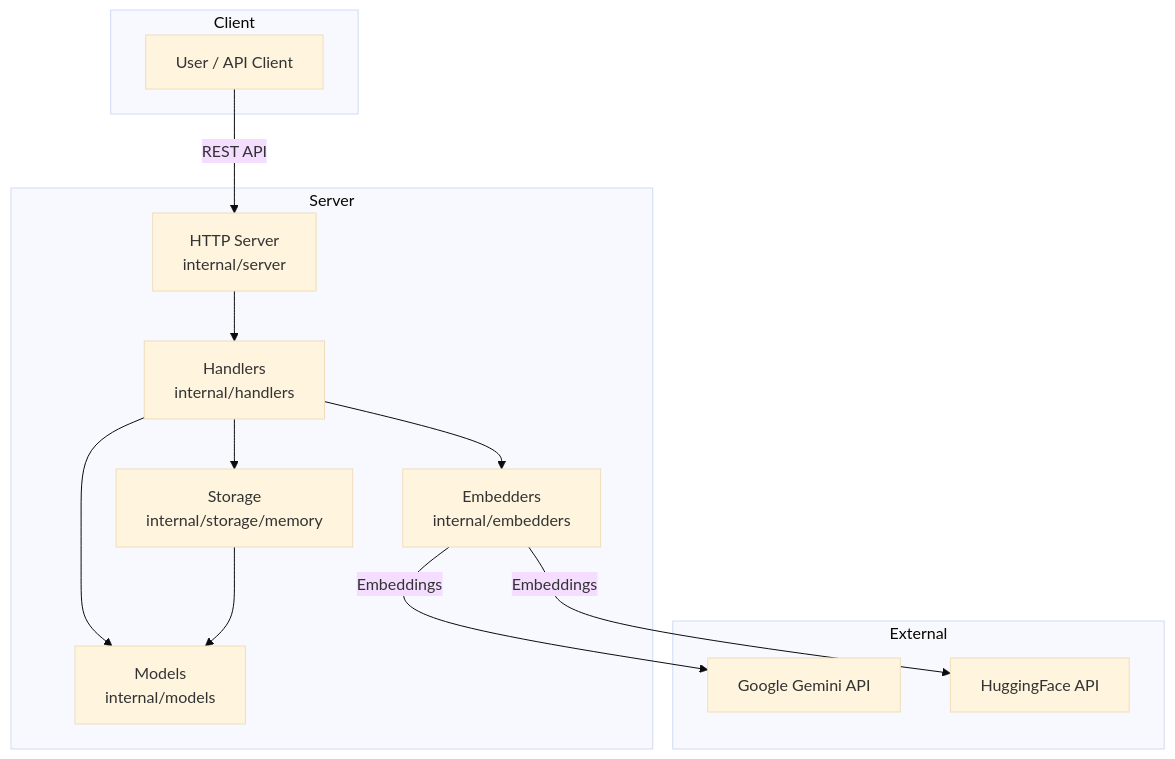
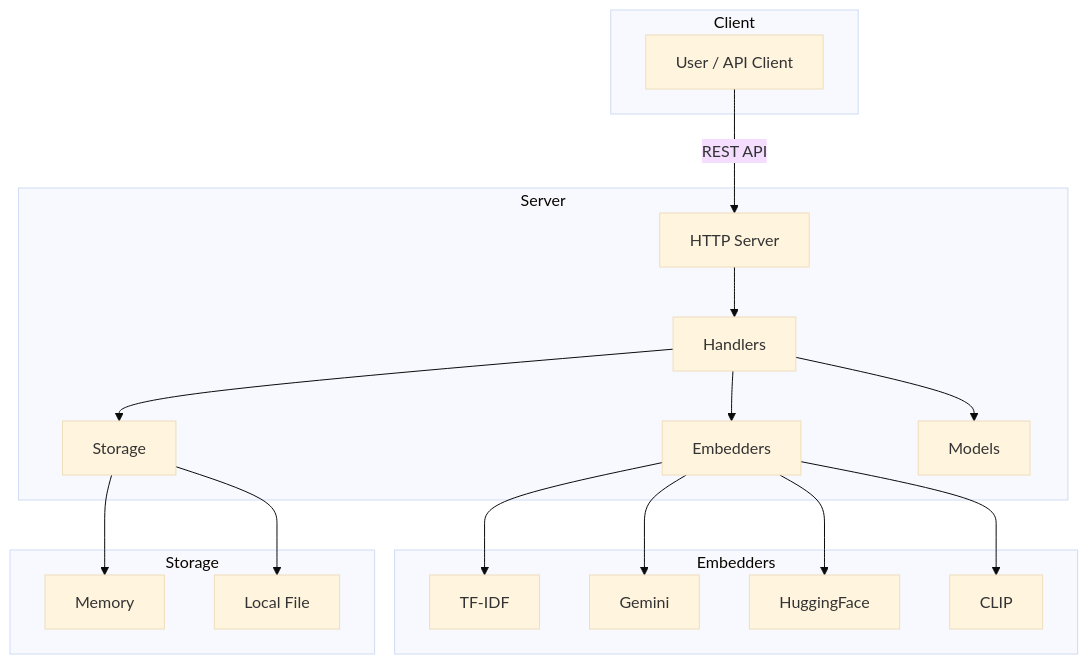
The diagram in README.md (tahcohcat/same-same), drawn with Mermaid (base theme) before and after one commit. The commit also changed other lines of this file, not shown here.

````diff
--- a/README.md
+++ b/README.md
@@ -191,28 +268,38 @@
 ```mermaid
 graph TD
     subgraph Client
         A[User / API Client]
     end
 
     subgraph Server
-        B[HTTP Server <br/>internal/server]
-        C[Handlers <br/>internal/handlers]
-        D[Embedders <br/>internal/embedders]
-        E[Storage <br/>internal/storage/memory]
-        F[Models <br/>internal/models]
+        B[HTTP Server]
+        C[Handlers]
+        D[Embedders]
+        E[Storage]
+        F[Models]
     end
 
-    subgraph External
-        G[Google Gemini API]
-        H[HuggingFace API]
+    subgraph Embedders
+        D1[TF-IDF]
+        D2[Gemini]
+        D3[HuggingFace]
+        D4[CLIP]
+    end
+
+    subgraph Storage
+        E1[Memory]
+        E2[Local File]
     end
 
     A -->|REST API| B
     B --> C
     C --> D
     C --> E
     C --> F
-    D -->|Embeddings| G
-    D -->|Embeddings| H
-    E --> F
+    D --> D1
+    D --> D2
+    D --> D3
+    D --> D4
+    E --> E1
+    E --> E2
 ```
````
